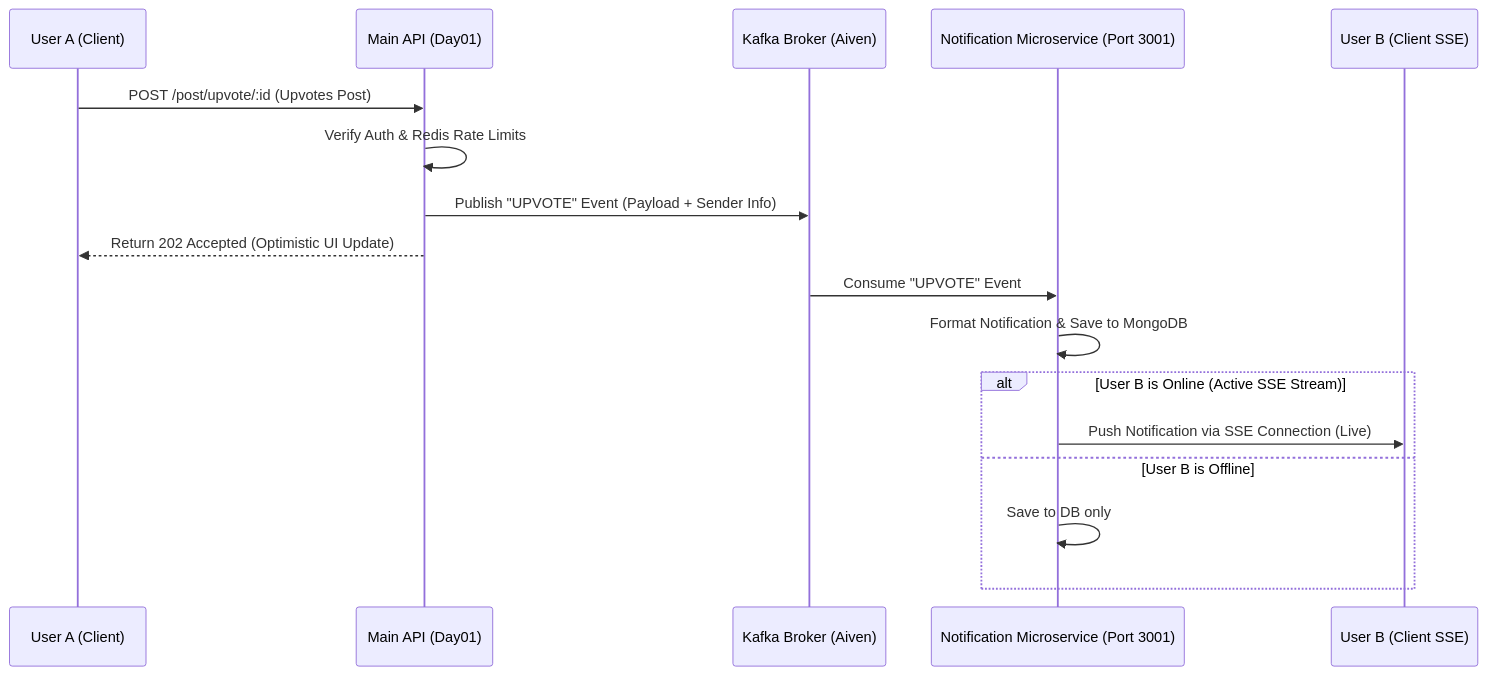
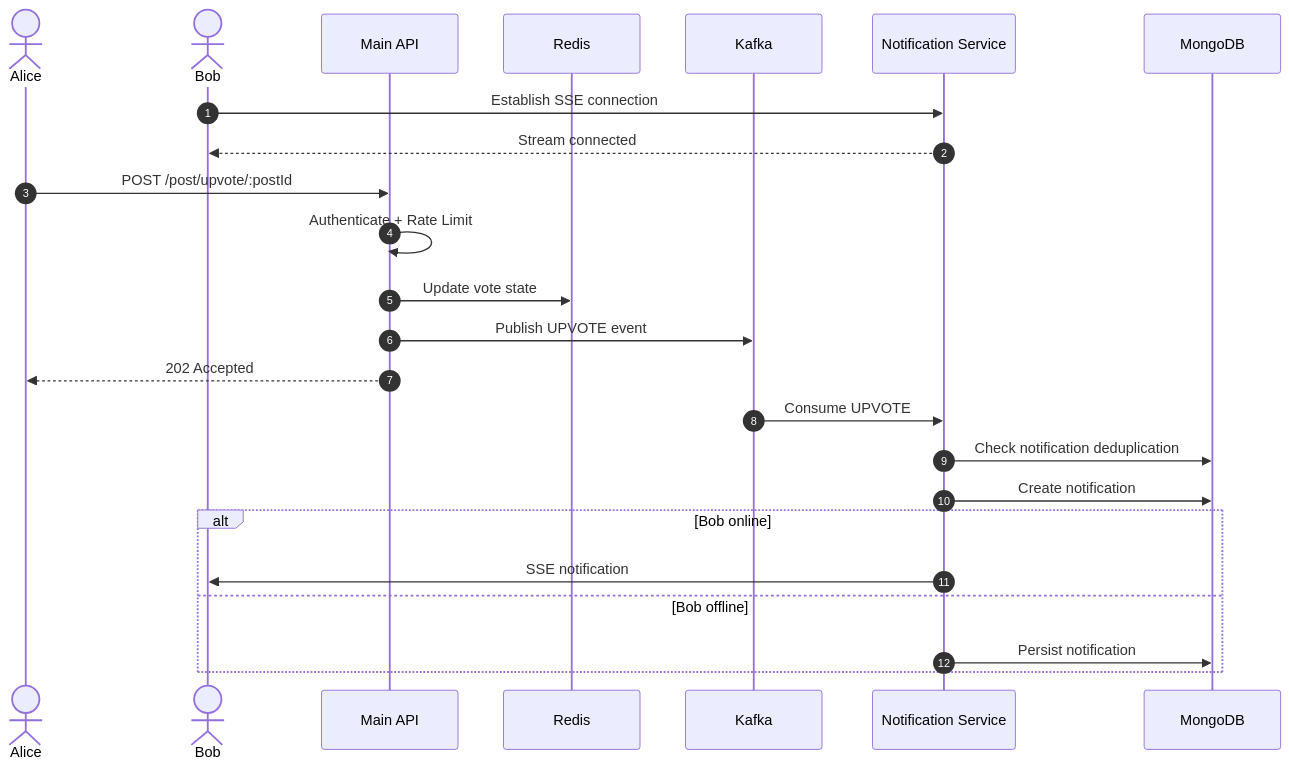
One commit to RIshabh231singh-shr/LogicLab changed the second of 2 diagrams in README.md. Above: the diagram before and after it, drawn with Mermaid. The commit also changed other lines of this file and 1 other file, not shown here.

````diff
--- a/README.md
+++ b/README.md
@@ -145,21 +446,31 @@
 ```mermaid
 sequenceDiagram
-    participant UserA as User A (Client)
-    participant Backend as Main API (Day01)
-    participant Kafka as Kafka Broker (Aiven)
-    participant NotifService as Notification Microservice (Port 3001)
-    participant UserB as User B (Client SSE)
+    autonumber
 
-    UserA->>Backend: POST /post/upvote/:id (Upvotes Post)
-    Backend->>Backend: Verify Auth & Redis Rate Limits
-    Backend->>Kafka: Publish "UPVOTE" Event (Payload + Sender Info)
-    Backend-->>UserA: Return 202 Accepted (Optimistic UI Update)
-    
-    Kafka->>NotifService: Consume "UPVOTE" Event
-    NotifService->>NotifService: Format Notification & Save to MongoDB
-    alt User B is Online (Active SSE Stream)
-        NotifService->>UserB: Push Notification via SSE Connection (Live)
-    else User B is Offline
-        NotifService->>NotifService: Save to DB only
+    actor Alice
+    actor Bob
+    participant API as Main API
+    participant Redis as Redis
+    participant Kafka as Kafka
+    participant Notif as Notification Service
+    participant DB as MongoDB
+
+    Bob->>Notif: Establish SSE connection
+    Notif-->>Bob: Stream connected
+
+    Alice->>API: POST /post/upvote/:postId
+    API->>API: Authenticate + Rate Limit
+    API->>Redis: Update vote state
+    API->>Kafka: Publish UPVOTE event
+    API-->>Alice: 202 Accepted
+
+    Kafka->>Notif: Consume UPVOTE
+    Notif->>DB: Check notification deduplication
+    Notif->>DB: Create notification
+
+    alt Bob online
+        Notif->>Bob: SSE notification
+    else Bob offline
+        Notif->>DB: Persist notification
     end
 ```
````
